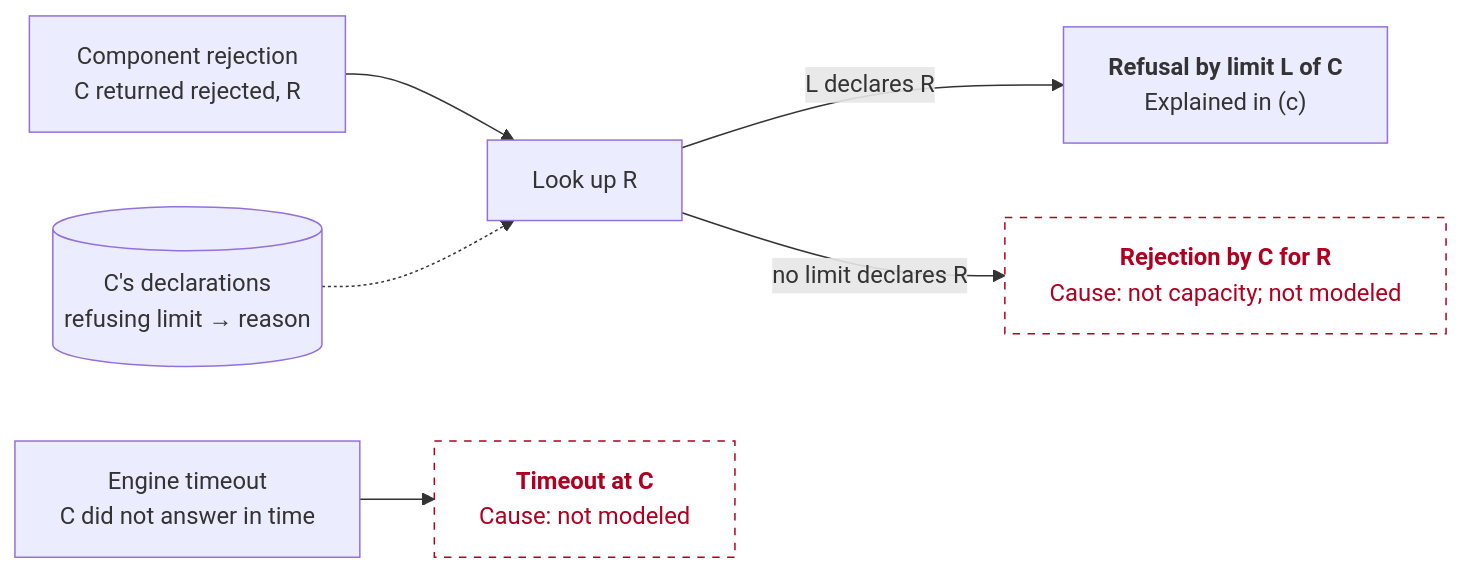
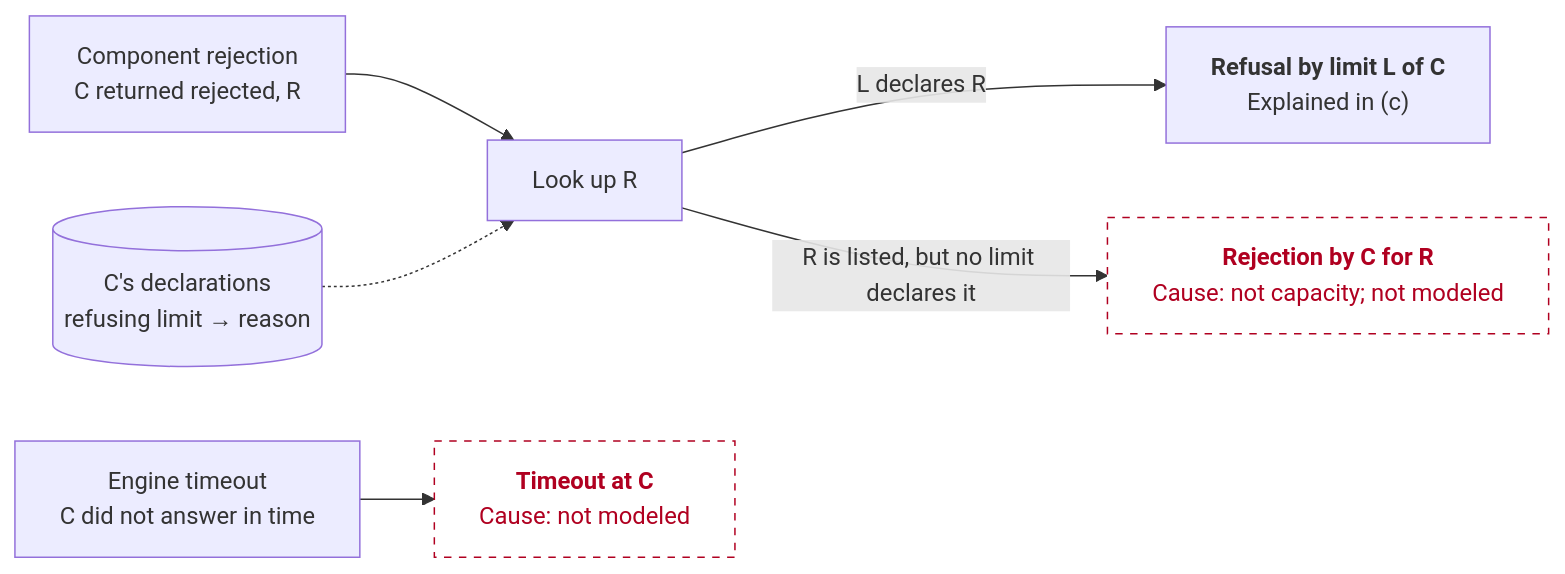
One commit to alanbickel/wind-tunnel changed the second of 3 diagrams in docs/design/findings.md. Above: the diagram before and after it, drawn with Mermaid. The commit also changed other lines of this file and 7 other files, not shown here.

````diff
--- a/docs/design/findings.md
+++ b/docs/design/findings.md
@@ -202,17 +202,17 @@
 ```mermaid
 %%{init: {"flowchart": {"wrappingWidth": 320}}}%%
 flowchart LR
     engine["Engine timeout<br/>C did not answer in time"]
     reject["Component rejection<br/>C returned rejected, R"]
     table[("C's declarations<br/>refusing limit → reason")]
     lookup["Look up R"]
     timeout["<b>Timeout at C</b><br/>Cause: not modeled"]:::gap
     refusal["<b>Refusal by limit L of C</b><br/>Explained in (c)"]
     other["<b>Rejection by C for R</b><br/>Cause: not capacity; not modeled"]:::gap
     engine --> timeout
     reject --> lookup
     table -.-> lookup
     lookup -->|"L declares R"| refusal
-    lookup -->|"no limit declares R"| other
+    lookup -->|"R is listed, but no limit declares it"| other
     classDef gap fill:#fff,stroke:#b00020,color:#b00020,stroke-dasharray:5 5
 ```
````
